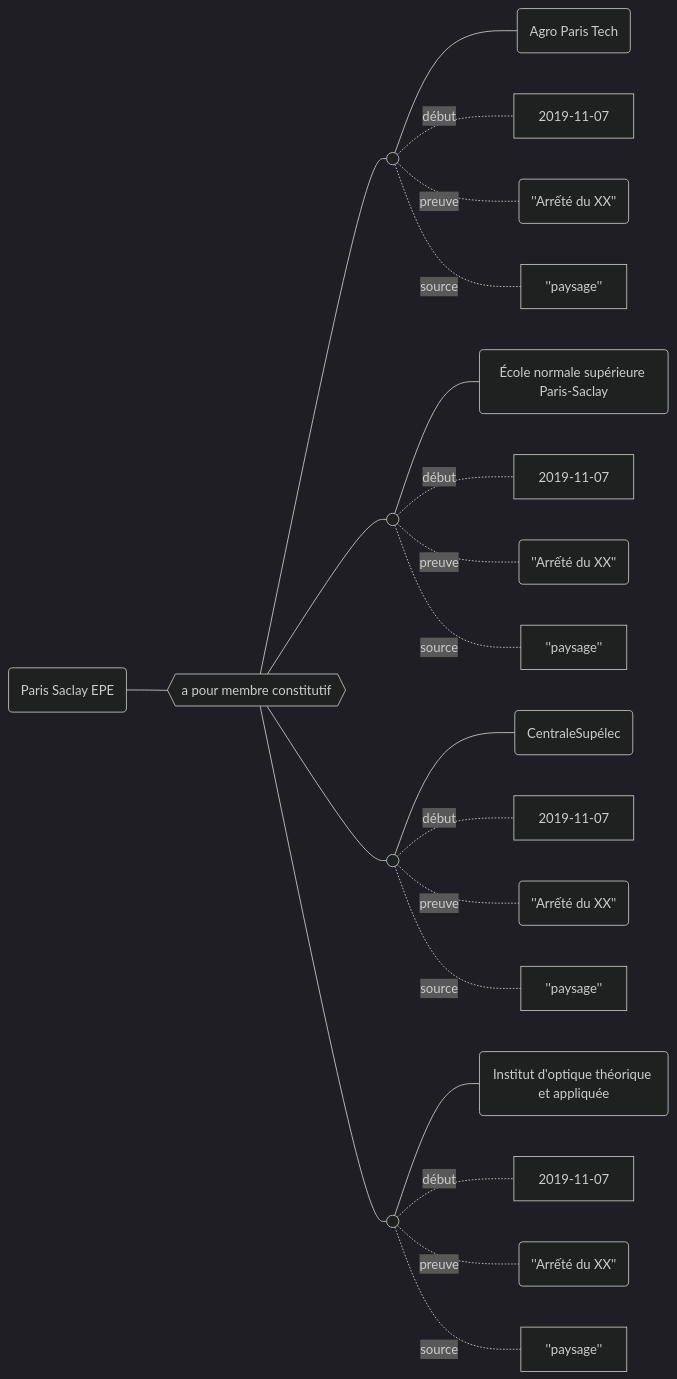
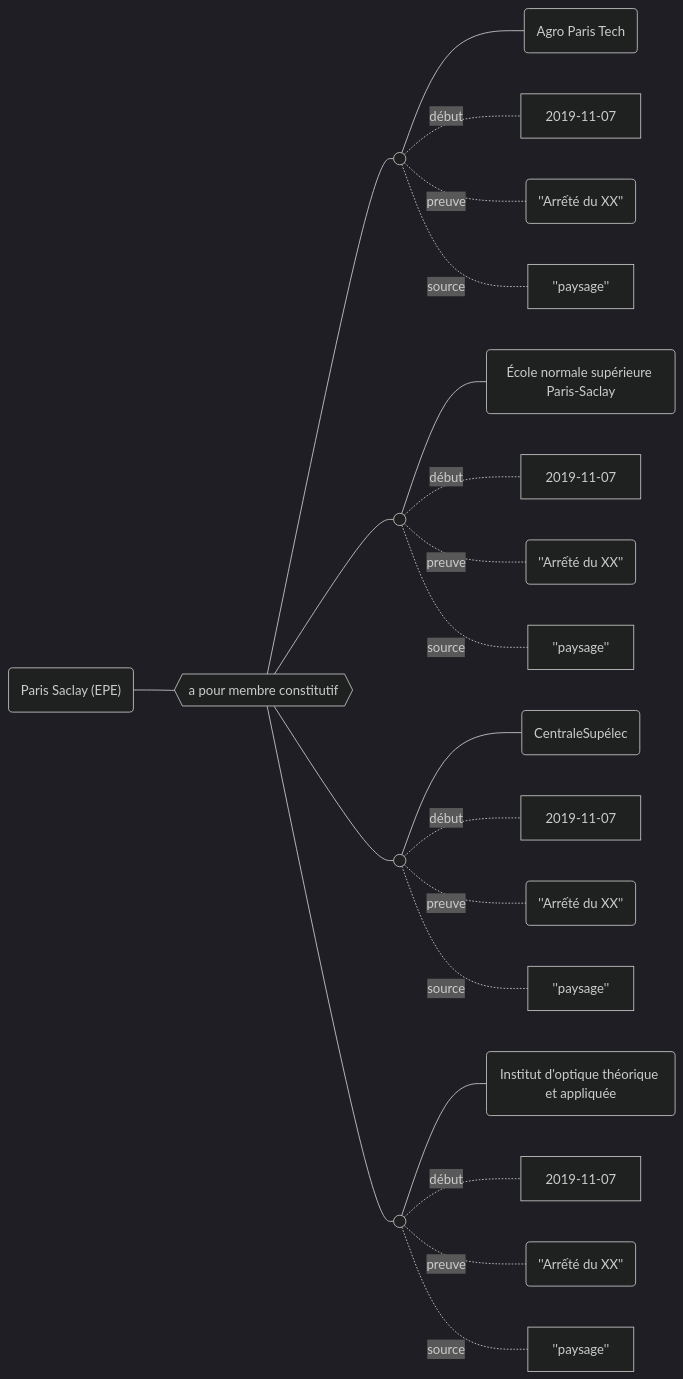
The diagram in docs/Modélisation Movies/Composition des établissements.md (abes-esr/movies-doc), drawn with Mermaid (dark theme) before and after one commit. The commit also changed other lines of this file and 9 other files, not shown here.

````diff
--- a/docs/Modélisation Movies/Composition des établissements.md
+++ b/docs/Modélisation Movies/Composition des établissements.md
@@ -23,31 +22,31 @@
 ```mermaid
 graph LR
-    PS(Paris Saclay EPE)
+    PS("Paris Saclay (EPE)")
     AGPT(Agro Paris Tech)
     SUPELEC(CentraleSupélec)
     ENS(École normale supérieure Paris-Saclay)
     IOTA(Institut d'optique théorique et appliquée)
     MEMBRE{{a pour membre constitutif}}
     
     PS --- MEMBRE 
     MEMBRE --- MB_1(( )) --- AGPT
     MEMBRE --- MB_2(( )) --- ENS
     MEMBRE --- MB_3(( )) --- SUPELEC
     MEMBRE --- MB_4(( )) --- IOTA
 
     MB_1 -.-|début| MB_1_DEBUT[2019-11-07]
     MB_2 -.-|début| MB_2_DEBUT[2019-11-07]
     MB_3 -.-|début| MB_3_DEBUT[2019-11-07]
     MB_4 -.-|début| MB_4_DEBUT[2019-11-07]
 
 
     MB_1 -.-|preuve| MB_1_preuve(''Arrếté du XX'')
     MB_2 -.-|preuve| MB_2_preuve(''Arrếté du XX'')
     MB_3 -.-|preuve| MB_3_preuve(''Arrếté du XX'')
     MB_4 -.-|preuve| MB_4_preuve(''Arrếté du XX'')
     
     MB_1 -.-|source| MB_1_source[''paysage'']
     MB_2 -.-|source| MB_2_source[''paysage'']
     MB_3 -.-|source| MB_3_source[''paysage'']
     MB_4 -.-|source| MB_4_source[''paysage'']
 ```
````
